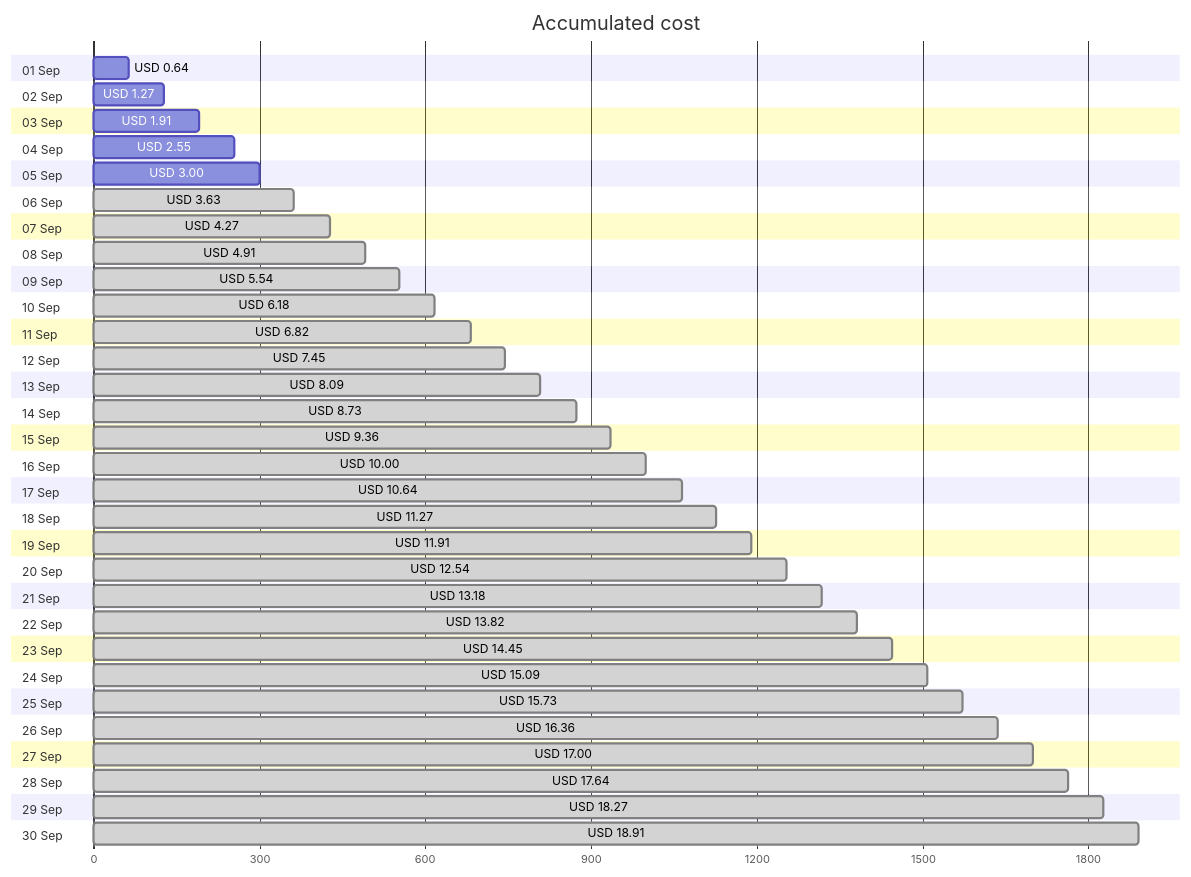
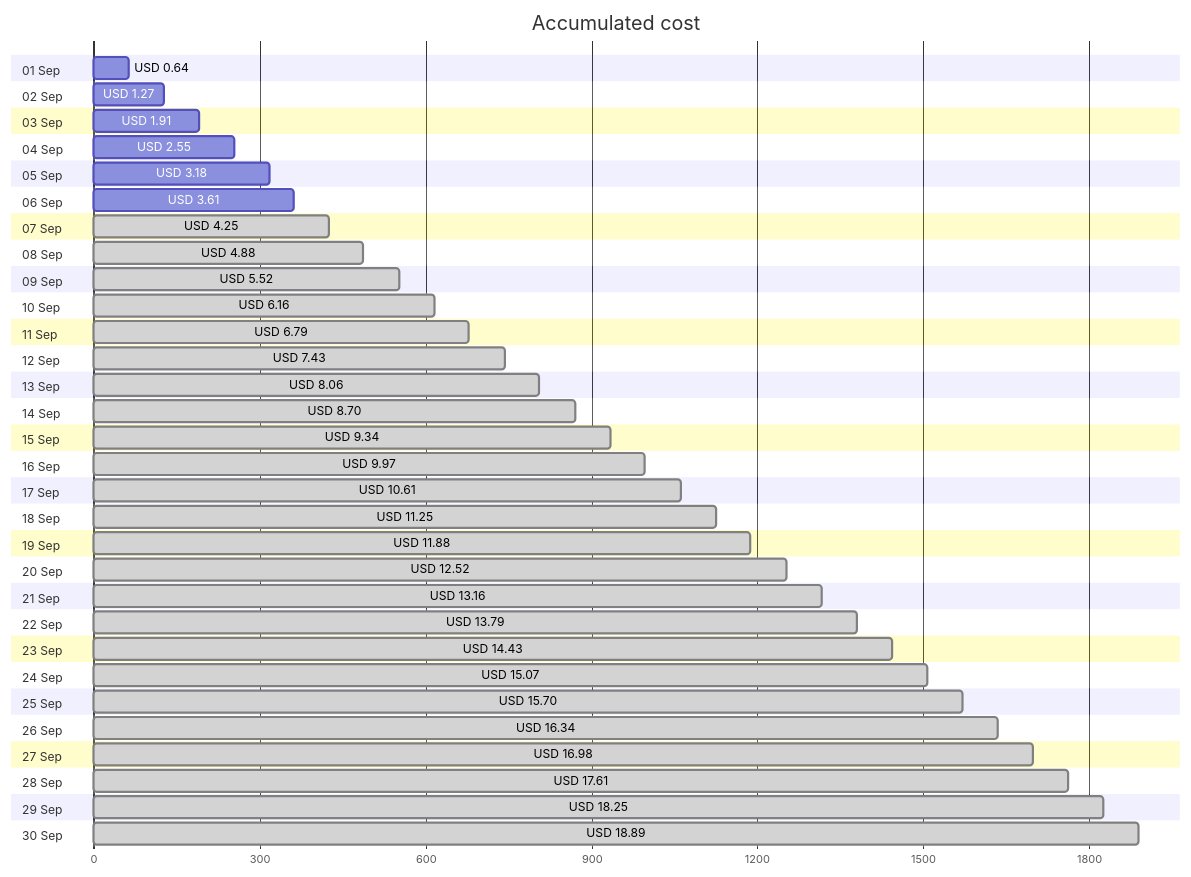
One commit to jpfulton/azure-personal-reports changed the first of 4 diagrams in cost-reports/accumulated-cost.md. Above: the diagram before and after it, drawn with Mermaid. The commit also changed other lines of this file and 4 other files, not shown here.

````diff
--- a/cost-reports/accumulated-cost.md
+++ b/cost-reports/accumulated-cost.md
@@ -20,66 +20,66 @@
 ```mermaid
 gantt
    title Accumulated cost
    dateFormat  X
    axisFormat %s
    section 01 Sep
    USD 0.64 :0, 64
    section 02 Sep
    USD 1.27 :0, 127
    section 03 Sep
    USD 1.91 :0, 191
    section 04 Sep
    USD 2.55 :0, 255
    section 05 Sep
-   USD 3.00 :0, 300
+   USD 3.18 :0, 318
    section 06 Sep
-   USD 3.63 : done, 0, 363
+   USD 3.61 :0, 361
    section 07 Sep
-   USD 4.27 : done, 0, 427
+   USD 4.25 : done, 0, 425
    section 08 Sep
-   USD 4.91 : done, 0, 491
+   USD 4.88 : done, 0, 488
    section 09 Sep
-   USD 5.54 : done, 0, 554
+   USD 5.52 : done, 0, 552
    section 10 Sep
-   USD 6.18 : done, 0, 618
+   USD 6.16 : done, 0, 616
    section 11 Sep
-   USD 6.82 : done, 0, 682
+   USD 6.79 : done, 0, 679
    section 12 Sep
-   USD 7.45 : done, 0, 745
+   USD 7.43 : done, 0, 743
    section 13 Sep
-   USD 8.09 : done, 0, 809
+   USD 8.06 : done, 0, 806
    section 14 Sep
-   USD 8.73 : done, 0, 873
+   USD 8.70 : done, 0, 870
    section 15 Sep
-   USD 9.36 : done, 0, 936
+   USD 9.34 : done, 0, 934
    section 16 Sep
-   USD 10.00 : done, 0, 1000
+   USD 9.97 : done, 0, 997
    section 17 Sep
-   USD 10.64 : done, 0, 1064
+   USD 10.61 : done, 0, 1061
    section 18 Sep
-   USD 11.27 : done, 0, 1127
+   USD 11.25 : done, 0, 1125
    section 19 Sep
-   USD 11.91 : done, 0, 1191
+   USD 11.88 : done, 0, 1188
    section 20 Sep
-   USD 12.54 : done, 0, 1254
+   USD 12.52 : done, 0, 1252
    section 21 Sep
-   USD 13.18 : done, 0, 1318
+   USD 13.16 : done, 0, 1316
    section 22 Sep
-   USD 13.82 : done, 0, 1382
+   USD 13.79 : done, 0, 1379
    section 23 Sep
-   USD 14.45 : done, 0, 1445
+   USD 14.43 : done, 0, 1443
    section 24 Sep
-   USD 15.09 : done, 0, 1509
+   USD 15.07 : done, 0, 1507
    section 25 Sep
-   USD 15.73 : done, 0, 1573
+   USD 15.70 : done, 0, 1570
    section 26 Sep
-   USD 16.36 : done, 0, 1636
+   USD 16.34 : done, 0, 1634
    section 27 Sep
-   USD 17.00 : done, 0, 1700
+   USD 16.98 : done, 0, 1698
    section 28 Sep
-   USD 17.64 : done, 0, 1764
+   USD 17.61 : done, 0, 1761
    section 29 Sep
-   USD 18.27 : done, 0, 1827
+   USD 18.25 : done, 0, 1825
    section 30 Sep
-   USD 18.91 : done, 0, 1891
+   USD 18.89 : done, 0, 1889
 ```
````
